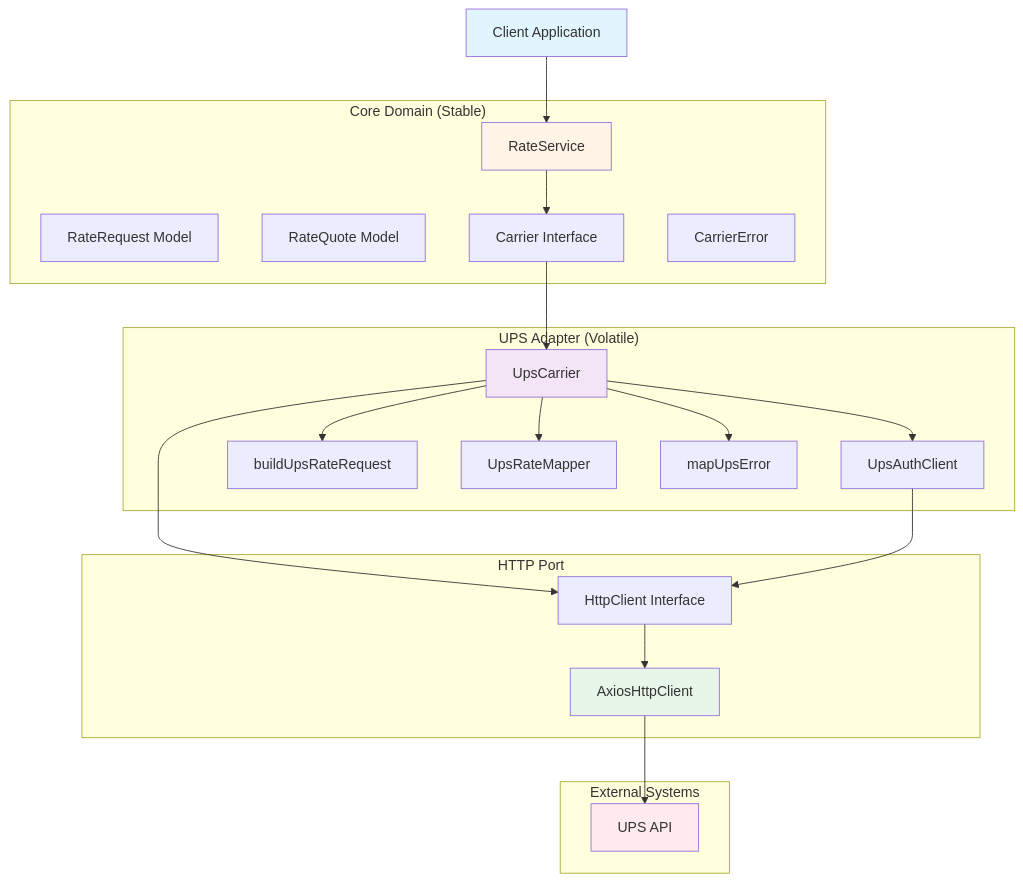
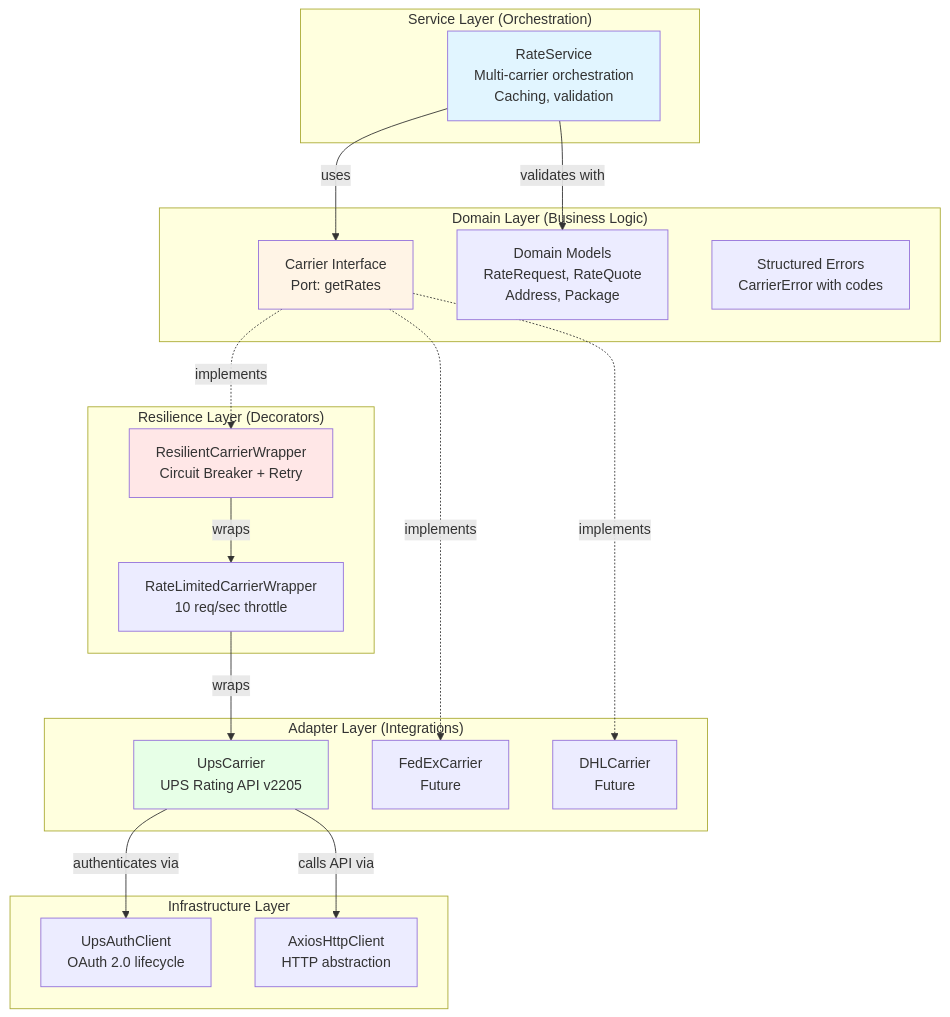
Before and after one commit to wqrzdn/carrier-integration-service-cybership: the first of 6 diagrams in README.md, drawn with Mermaid. The commit also changed other lines of this file and 36 other files, not shown here.

Commit message:
Complete Carrier integration Service

````diff
--- a/README.md
+++ b/README.md
@@ -272,93 +133,45 @@
-```mermaid
-
-graph TB
-
-    Client[Client Application]
-
-    
-
-    subgraph "Core Domain (Stable)"
-
-        RateService[RateService]
-
-        RateRequest[RateRequest Model]
-
-        RateQuote[RateQuote Model]
-
-        CarrierInterface[Carrier Interface]
-
-        CarrierError[CarrierError]
-
-    end
-
-    
-
-    subgraph "UPS Adapter (Volatile)"
-
-        UpsCarrier[UpsCarrier]
-
-        UpsAuth[UpsAuthClient]
-
-        UpsBuilder[buildUpsRateRequest]
-
-        UpsMapper[UpsRateMapper]
-
-        UpsErrorMapper[mapUpsError]
-
-    end
-
-    
-
-    subgraph "HTTP Port"
-
-        HttpInterface[HttpClient Interface]
-
-        AxiosAdapter[AxiosHttpClient]
-
-    end
-
-    
-
-    subgraph "External Systems"
-
-        UpsAPI[UPS API]
-
-    end
-
-    
-
-    Client --> RateService
-
-    RateService --> CarrierInterface
-
-    CarrierInterface --> UpsCarrier
-
-    UpsCarrier --> UpsAuth
-
-    UpsCarrier --> UpsBuilder
-
-    UpsCarrier --> UpsMapper
-
-    UpsCarrier --> UpsErrorMapper
-
-    UpsCarrier --> HttpInterface
-
-    UpsAuth --> HttpInterface
-
-    HttpInterface --> AxiosAdapter
-
-    AxiosAdapter --> UpsAPI
-
-    
-
-    style Client fill:#e1f5ff
-
-    style RateService fill:#fff4e6
-
-    style UpsCarrier fill:#f3e5f5
-
-    style AxiosAdapter fill:#e8f5e9
-
-    style UpsAPI fill:#ffebee
-
-```
+  ```mermaid
+  graph TB
+      subgraph "Service Layer (Orchestration)"
+          RateService[RateService<br/>Multi-carrier orchestration<br/>Caching, validation]
+      end
+      
+      subgraph "Domain Layer (Business Logic)"
+          Carrier[Carrier Interface<br/>Port: getRates]
+          Models[Domain Models<br/>RateRequest, RateQuote<br/>Address, Package]
+          Errors[Structured Errors<br/>CarrierError with codes]
+      end
+      
+      subgraph "Resilience Layer (Decorators)"
+          Resilient[ResilientCarrierWrapper<br/>Circuit Breaker + Retry]
+          RateLimit[RateLimitedCarrierWrapper<br/>10 req/sec throttle]
+      end
+      
+      subgraph "Adapter Layer (Integrations)"
+          UPS[UpsCarrier<br/>UPS Rating API v2205]
+          FedEx[FedExCarrier<br/>Future]
+          DHL[DHLCarrier<br/>Future]
+      end
+      
+      subgraph "Infrastructure Layer"
+          Auth[UpsAuthClient<br/>OAuth 2.0 lifecycle]
+          HTTP[AxiosHttpClient<br/>HTTP abstraction]
+      end
+      
+      RateService -->|uses| Carrier
+      RateService -->|validates with| Models
+      
+      Carrier -.implements.-> Resilient
+      Resilient -->|wraps| RateLimit
+      RateLimit -->|wraps| UPS
+      Carrier -.implements.-> FedEx
+      Carrier -.implements.-> DHL
+      
+      UPS -->|authenticates via| Auth
+      UPS -->|calls API via| HTTP
+      
+      style RateService fill:#e1f5ff
+      style Carrier fill:#fff4e6
+      style Resilient fill:#ffe7e7
+      style UPS fill:#e7ffe7
+  ```
````
